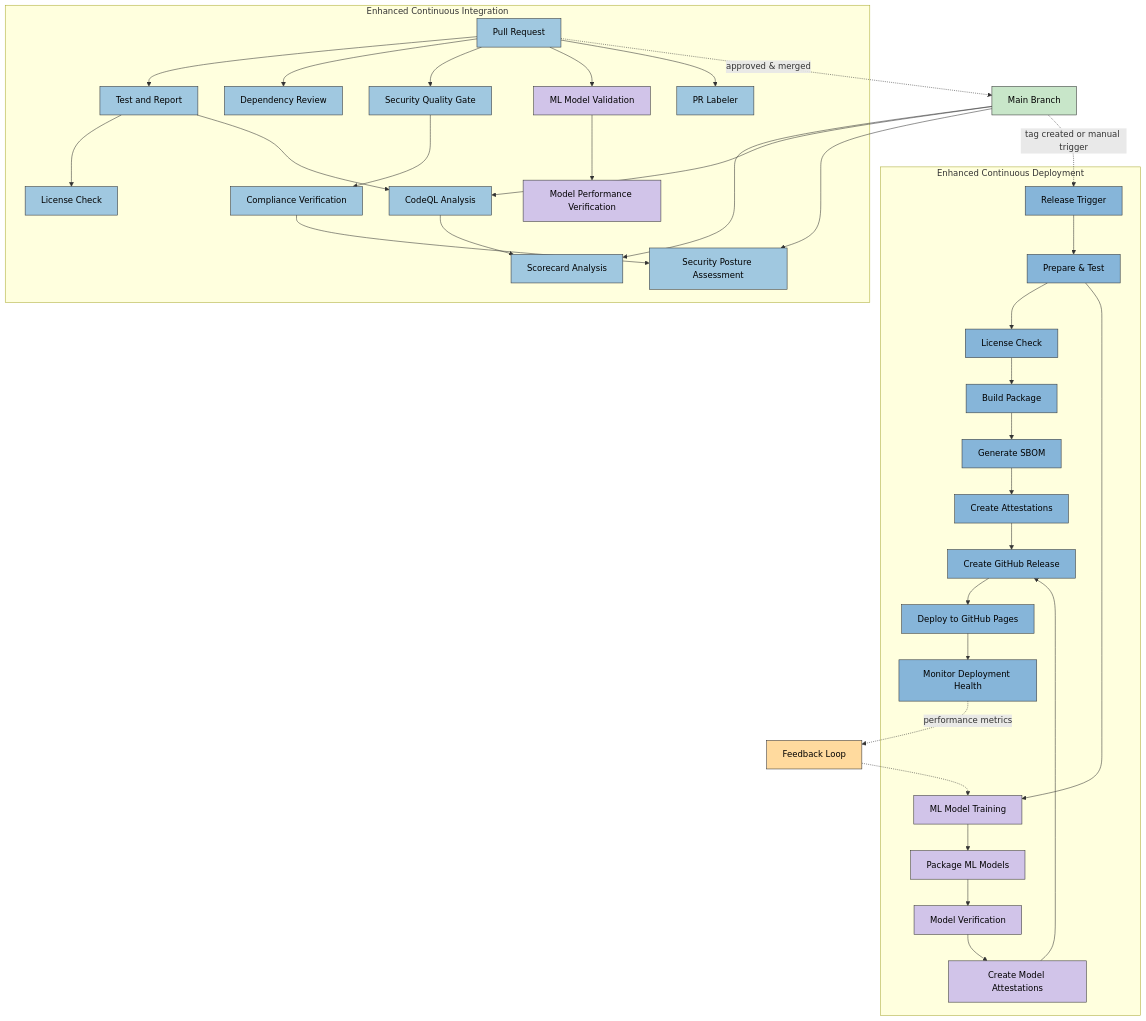
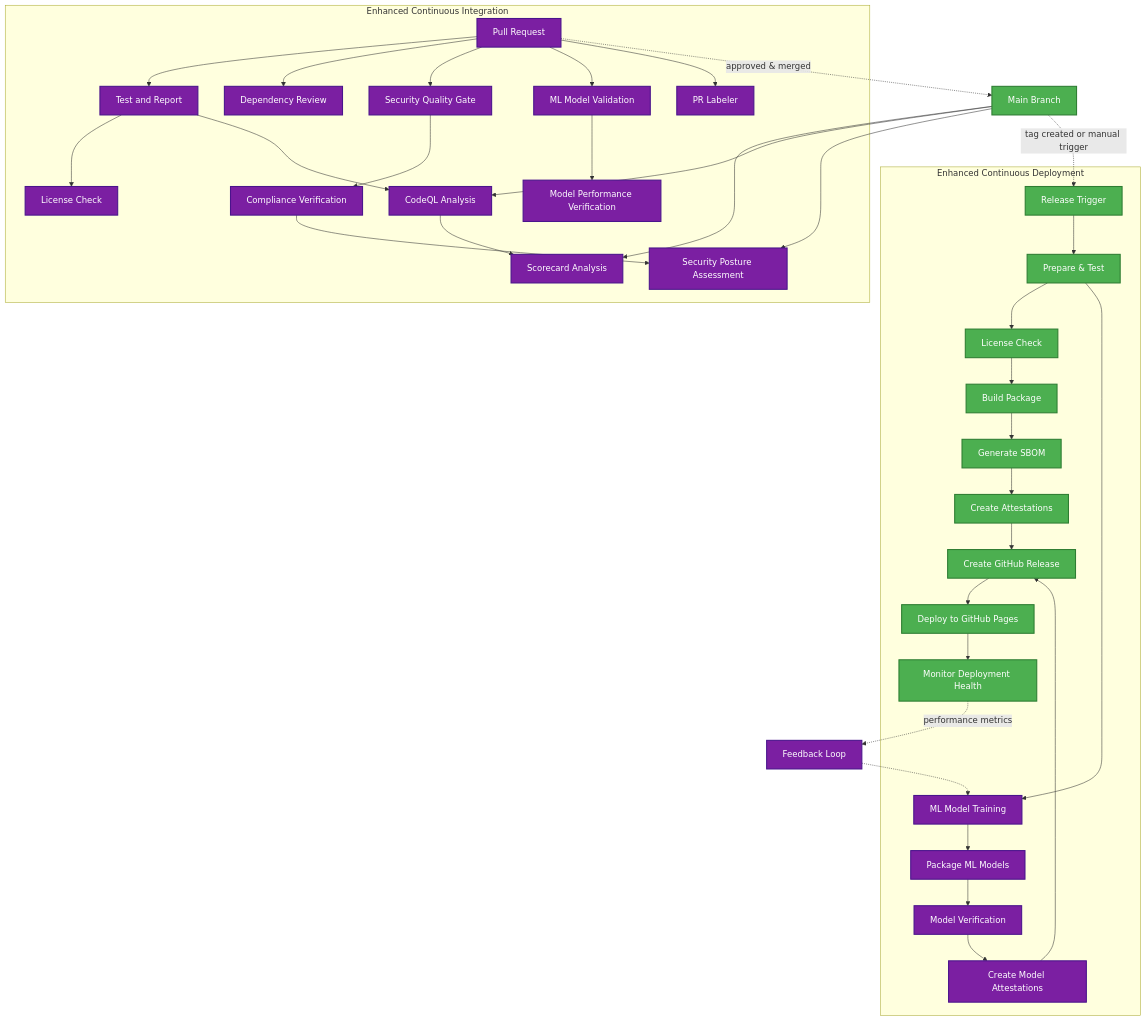
One commit to step-security-bot/cia-compliance-manager changed the first of 7 diagrams in docs/architecture/FUTURE_WORKFLOWS.md. Above: the diagram before and after it, drawn with Mermaid. The commit also changed other lines of this file and 27 other files, not shown here.

First line of the commit message:
fix: resolve broken mermaid diagrams and improve color coding to match ISMS style guide (#1106)

````diff
--- a/docs/architecture/FUTURE_WORKFLOWS.md
+++ b/docs/architecture/FUTURE_WORKFLOWS.md
@@ -81,60 +81,60 @@
 ```mermaid
 flowchart TB
     subgraph "Enhanced Continuous Integration"
         PR[Pull Request] --> TestReport[Test and Report]
         PR --> DependencyReview[Dependency Review]
         PR --> SecurityQualityGate[Security Quality Gate]
         PR --> MLValidation[ML Model Validation]
         PR --> Labeler[PR Labeler]
         
         TestReport --> LicenseCheck[License Check]
         TestReport --> CodeQL[CodeQL Analysis]
         SecurityQualityGate --> ComplianceCheck[Compliance Verification]
         MLValidation --> ModelPerformanceCheck[Model Performance Verification]
         
         CodeQL --> Scorecard[Scorecard Analysis]
         ComplianceCheck --> SecurityPosture[Security Posture Assessment]
     end
 
     subgraph "Enhanced Continuous Deployment"
         Release[Release Trigger] --> BuildTest[Prepare & Test]
         BuildTest --> LicenseCheck2[License Check]
         BuildTest --> ModelTraining[ML Model Training]
         LicenseCheck2 --> Build[Build Package]
         ModelTraining --> ModelPackaging[Package ML Models]
         
         Build --> GenerateSBOM[Generate SBOM]
         ModelPackaging --> ModelVerification[Model Verification]
         
         GenerateSBOM --> Attestations[Create Attestations]
         ModelVerification --> ModelAttestations[Create Model Attestations]
         
         Attestations --> CreateRelease[Create GitHub Release]
         ModelAttestations --> CreateRelease
         
         CreateRelease --> DeployGHPages[Deploy to GitHub Pages]
         DeployGHPages --> MonitorHealth[Monitor Deployment Health]
     end
 
     PR -.-> |"approved & merged"| main[Main Branch]
     main --> Scorecard
     main --> CodeQL
     main --> SecurityPosture
     main -.-> |"tag created or manual trigger"| Release
     MonitorHealth -.-> |"performance metrics"| ModelFeedback[Feedback Loop]
     ModelFeedback -.-> ModelTraining
 
-    classDef integration fill:#a0c8e0,stroke:#333,stroke-width:1px,color:black
-    classDef deployment fill:#86b5d9,stroke:#333,stroke-width:1px,color:black
-    classDef process fill:#c8e6c9,stroke:#333,stroke-width:1px,color:black
-    classDef trigger fill:#bbdefb,stroke:#333,stroke-width:1px,color:black
-    classDef security fill:#ffccbc,stroke:#333,stroke-width:1px,color:black
-    classDef ml fill:#d1c4e9,stroke:#333,stroke-width:1px,color:black
-    classDef feedback fill:#ffda9e,stroke:#333,stroke-width:1px,color:black
+    classDef integration fill:#7B1FA2,stroke:#4A148C,stroke-width:2px,color:#ffffff
+    classDef deployment fill:#4CAF50,stroke:#2E7D32,stroke-width:2px,color:#ffffff
+    classDef process fill:#4CAF50,stroke:#2E7D32,stroke-width:2px,color:#ffffff
+    classDef trigger fill:#2196F3,stroke:#1565C0,stroke-width:2px,color:#ffffff
+    classDef security fill:#D32F2F,stroke:#B71C1C,stroke-width:2px,color:#ffffff
+    classDef ml fill:#7B1FA2,stroke:#4A148C,stroke-width:2px,color:#ffffff
+    classDef feedback fill:#7B1FA2,stroke:#4A148C,stroke-width:2px,color:#ffffff
 
     class PR,TestReport,DependencyReview,Labeler,CodeQL,Scorecard,LicenseCheck,SecurityQualityGate,ComplianceCheck,SecurityPosture integration
     class Release,BuildTest,Build,CreateRelease,DeployGHPages,LicenseCheck2,GenerateSBOM,Attestations,MonitorHealth deployment
     class main process
     class MLValidation,ModelPerformanceCheck,ModelTraining,ModelPackaging,ModelVerification,ModelAttestations ml
     class ModelFeedback feedback
 ```
````
